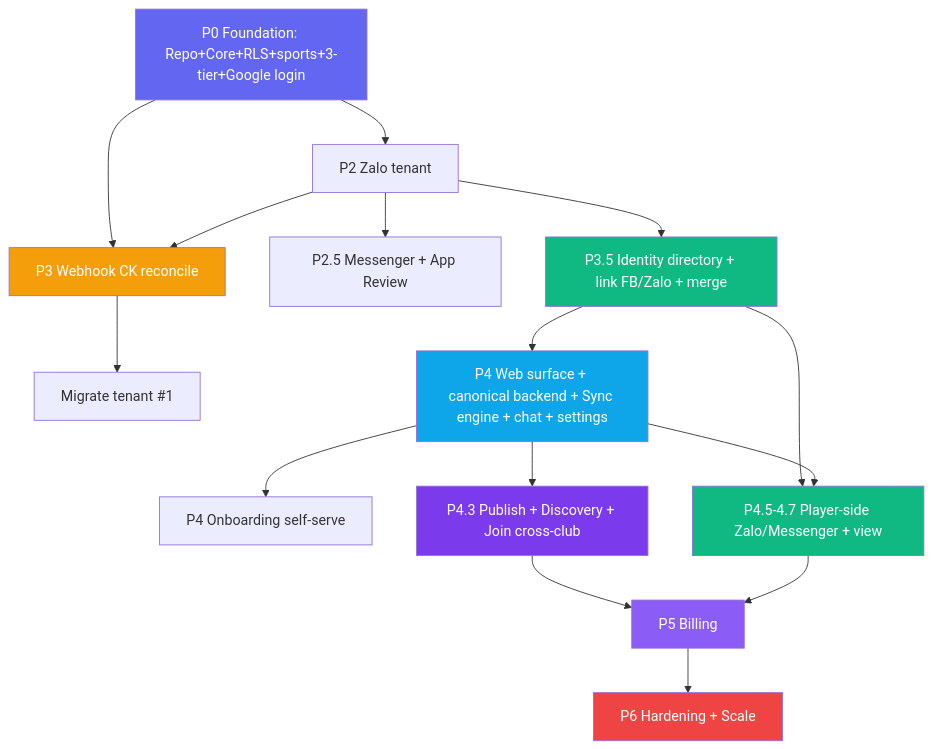
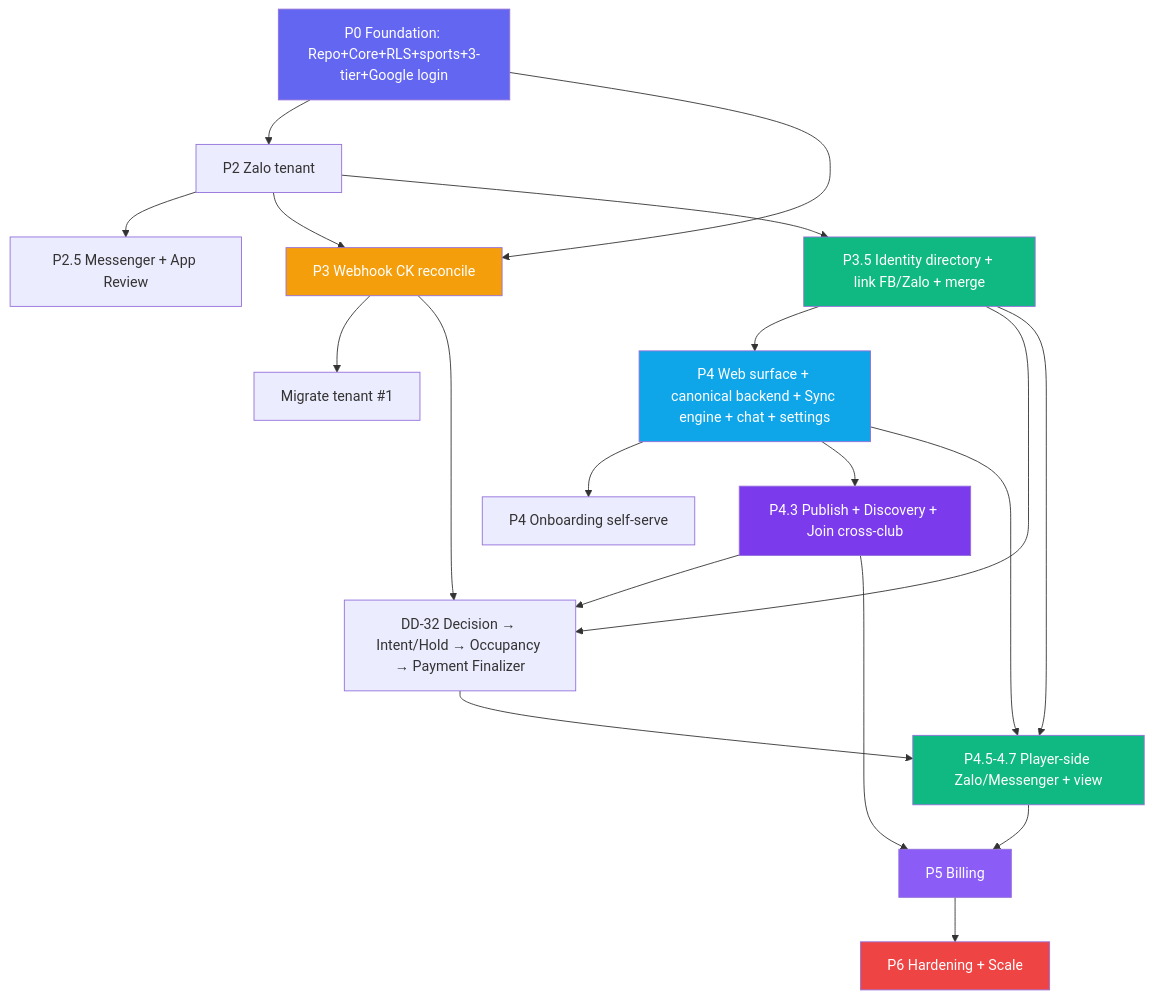
The diagram in docs/product/ROADMAP.md (maingocanh1702/plexco-app), drawn with Mermaid before and after one commit. The commit also changed other lines of this file and 26 other files, not shown here.

````diff
--- a/docs/product/ROADMAP.md
+++ b/docs/product/ROADMAP.md
@@ -483,26 +496,30 @@
 ```mermaid
 graph TD
     A[P0 Foundation: Repo+Core+RLS+sports+3-tier+Google login] --> B[P2 Zalo tenant]
     A --> C[P3 Webhook CK reconcile]
     B --> B2[P2.5 Messenger + App Review]
     B --> C
     C --> D[Migrate tenant #1]
     B --> E[P3.5 Identity directory + link FB/Zalo + merge]
     E --> F[P4 Web surface + canonical backend + Sync engine + chat + settings]
     F --> G[P4 Onboarding self-serve]
     F --> H[P4.3 Publish + Discovery + Join cross-club]
+    C --> Q[DD-32 Decision → Intent/Hold → Occupancy → Payment Finalizer]
+    E --> Q
+    H --> Q
     E --> I[P4.5-4.7 Player-side Zalo/Messenger + view]
     F --> I
+    Q --> I
     H --> J[P5 Billing]
     I --> J
     J --> K[P6 Hardening + Scale]
 
     style A fill:#6366f1,color:#fff
     style C fill:#f59e0b,color:#fff
     style E fill:#10b981,color:#fff
     style F fill:#0ea5e9,color:#fff
     style H fill:#7c3aed,color:#fff
     style I fill:#10b981,color:#fff
     style J fill:#8b5cf6,color:#fff
     style K fill:#ef4444,color:#fff
 ```
````
